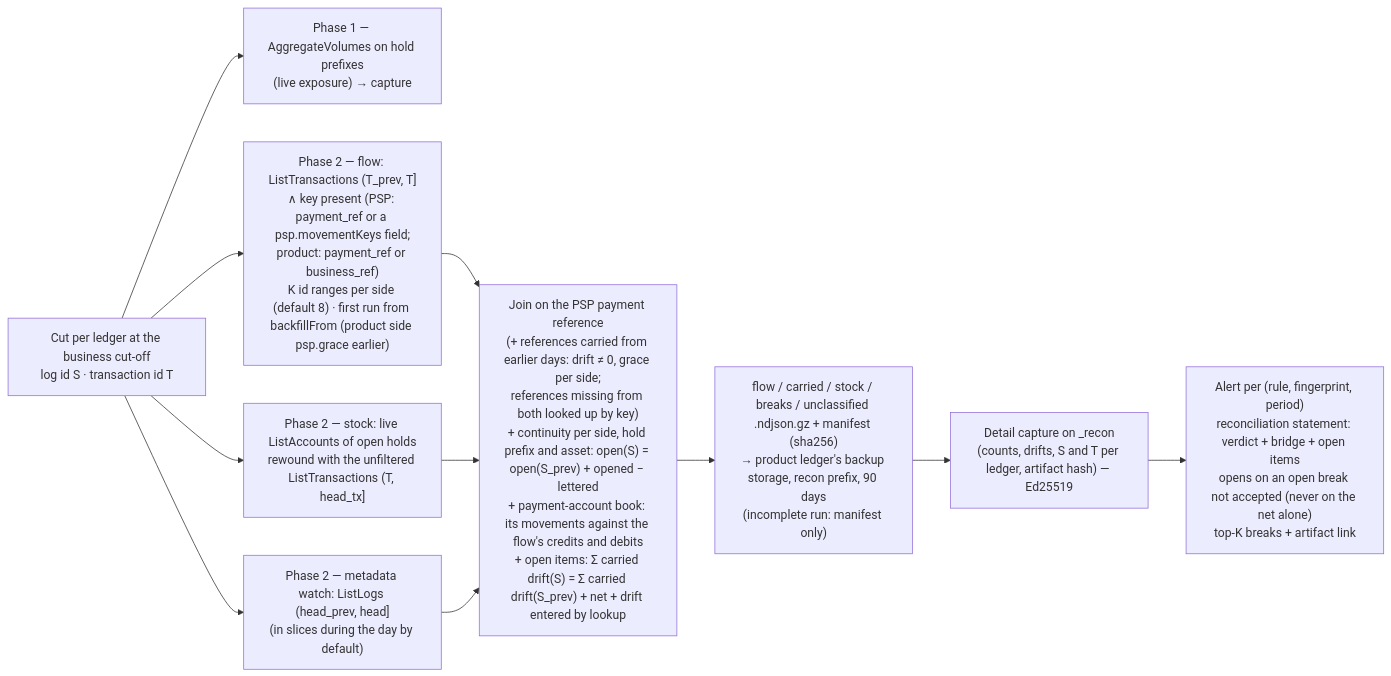
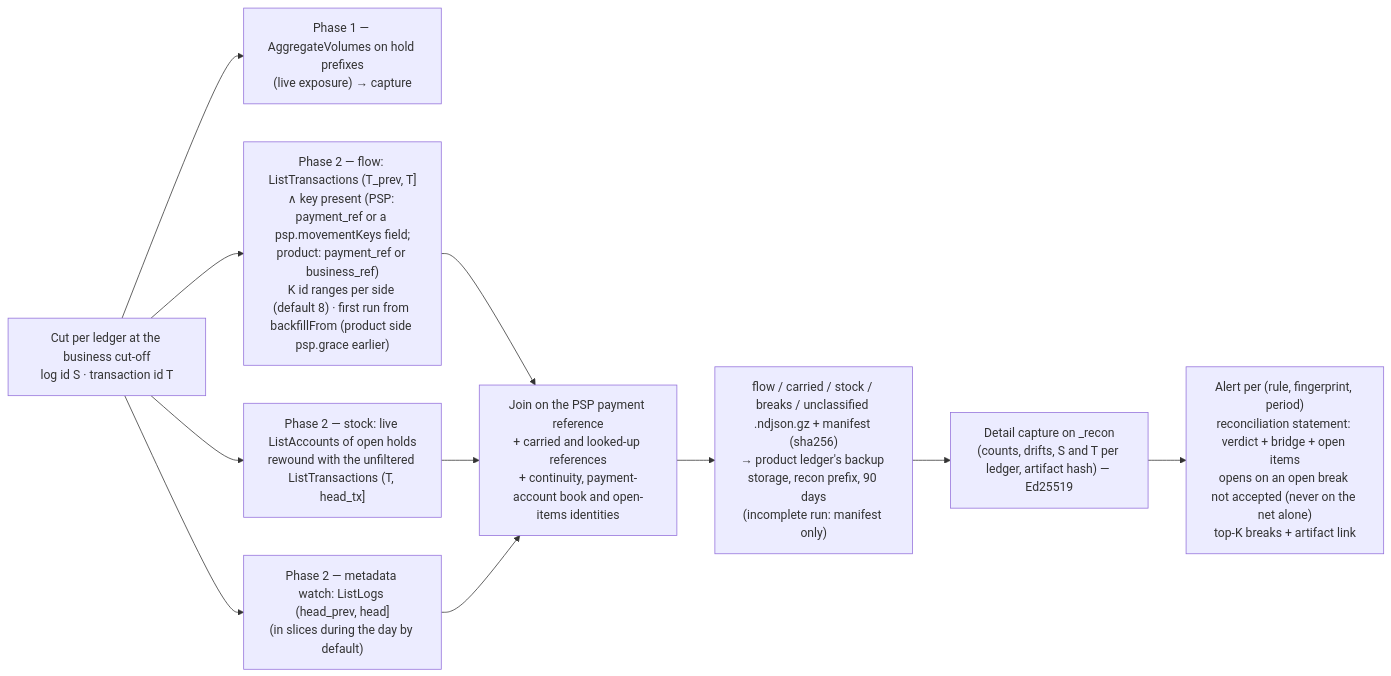
The ninth of 9 diagrams in docs/technical/workflows.md (formancehq/reconciliation), drawn with Mermaid before and after one commit. The commit also changed 4 other files, not shown here.

````diff
--- a/docs/technical/workflows.md
+++ b/docs/technical/workflows.md
@@ -326,13 +326,13 @@
 ```mermaid
 flowchart LR
     Cut["Cut per ledger at the business cut-off<br/>log id S · transaction id T"] --> Agg["Phase 1 — AggregateVolumes on hold prefixes<br/>(live exposure) → capture"]
     Cut --> Flow["Phase 2 — flow: ListTransactions (T_prev, T]<br/>∧ key present (PSP: payment_ref or a psp.movementKeys field;<br/>product: payment_ref or business_ref)<br/>K id ranges per side (default 8) · first run from backfillFrom (product side psp.grace earlier)"]
     Cut --> Stock["Phase 2 — stock: live ListAccounts of open holds<br/>rewound with the unfiltered ListTransactions (T, head_tx]"]
     Cut --> Watch["Phase 2 — metadata watch: ListLogs (head_prev, head]<br/>(in slices during the day by default)"]
-    Flow --> Join["Join on the PSP payment reference<br/>(+ references carried from earlier days: drift ≠ 0, grace per side;<br/>references missing from both looked up by key)<br/>+ continuity per side, hold prefix and asset: open(S) = open(S_prev) + opened − lettered<br/>+ payment-account book: its movements against the flow's credits and debits<br/>+ open items: Σ carried drift(S) = Σ carried drift(S_prev) + net + drift entered by lookup"]
+    Flow --> Join["Join on the PSP payment reference<br/>+ carried and looked-up references<br/>+ continuity, payment-account book and open-items identities"]
     Stock --> Join
     Watch --> Join
     Join --> Art["flow / carried / stock / breaks / unclassified .ndjson.gz + manifest (sha256)<br/>→ product ledger's backup storage, recon prefix, 90 days<br/>(incomplete run: manifest only)"]
     Art --> Cap["Detail capture on _recon<br/>(counts, drifts, S and T per ledger, artifact hash) — Ed25519"]
     Cap --> Alert["Alert per (rule, fingerprint, period)<br/>reconciliation statement: verdict + bridge + open items<br/>opens on an open break not accepted (never on the net alone)<br/>top-K breaks + artifact link"]
 ```
````
